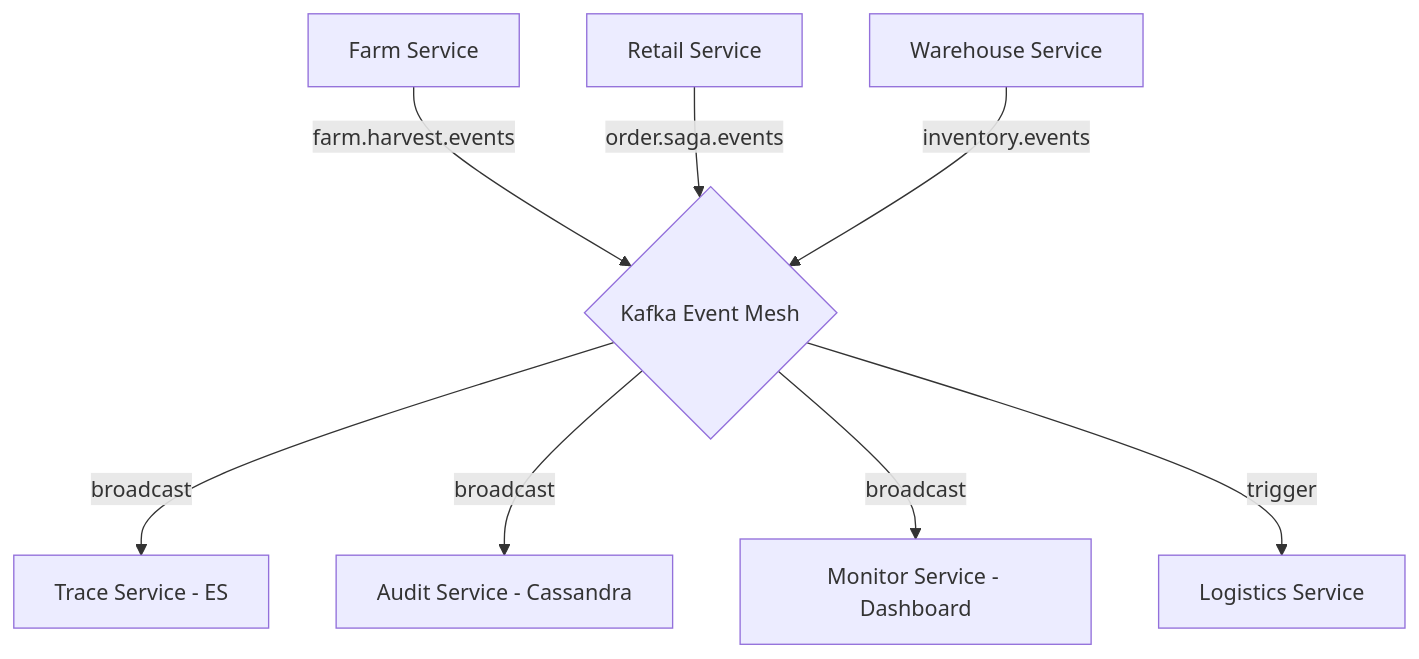
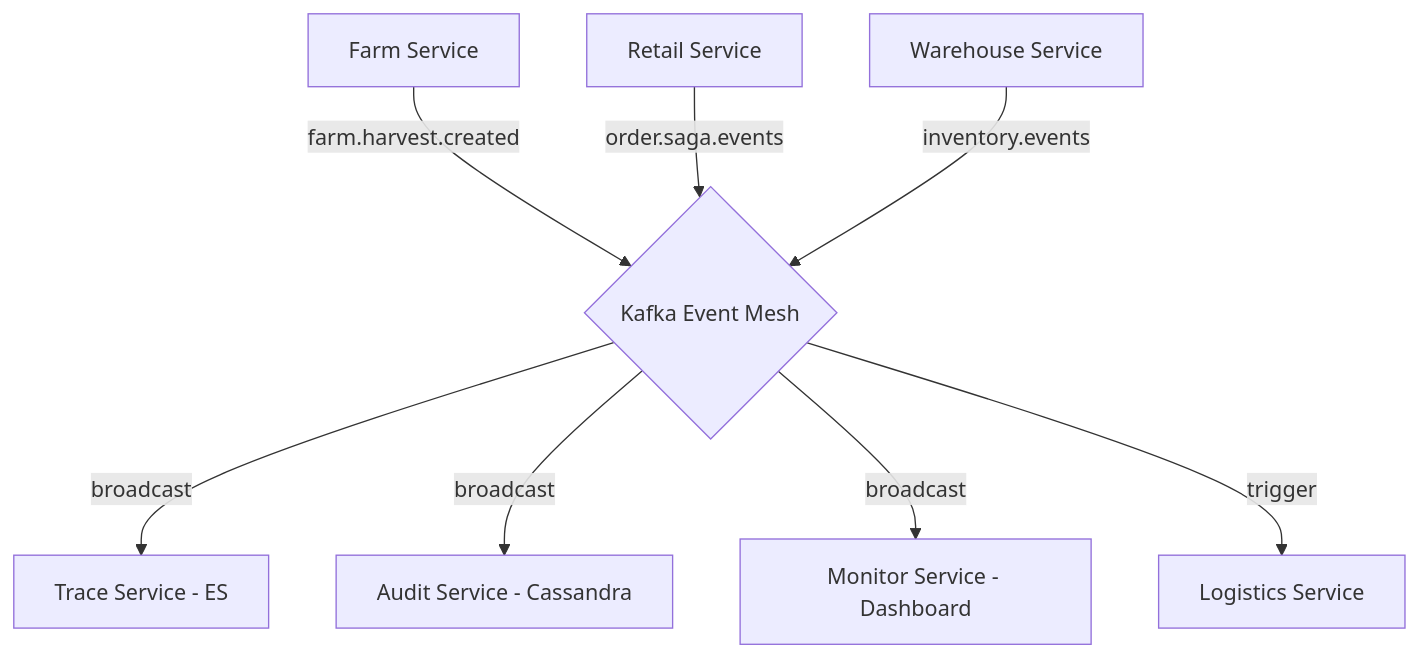
The third of 4 diagrams in docs/architecture/SYSTEM_ARCHITECTURE.md (dungxbuif/RuntimeRoasters), drawn with Mermaid before and after one commit. The commit also changed 53 other files, not shown here.

````diff
--- a/docs/architecture/SYSTEM_ARCHITECTURE.md
+++ b/docs/architecture/SYSTEM_ARCHITECTURE.md
@@ -125,10 +125,10 @@
 ```mermaid
 graph TD
-    FARM[Farm Service] -->|farm.harvest.events| KAFKA{Kafka Event Mesh}
+    FARM[Farm Service] -->|farm.harvest.created| KAFKA{Kafka Event Mesh}
     RETAIL[Retail Service] -->|order.saga.events| KAFKA
     WH[Warehouse Service] -->|inventory.events| KAFKA
     KAFKA -->|broadcast| TRACE[Trace Service - ES]
     KAFKA -->|broadcast| AUDIT[Audit Service - Cassandra]
     KAFKA -->|broadcast| MON[Monitor Service - Dashboard]
     KAFKA -->|trigger| LOGI[Logistics Service]
 ```
````
